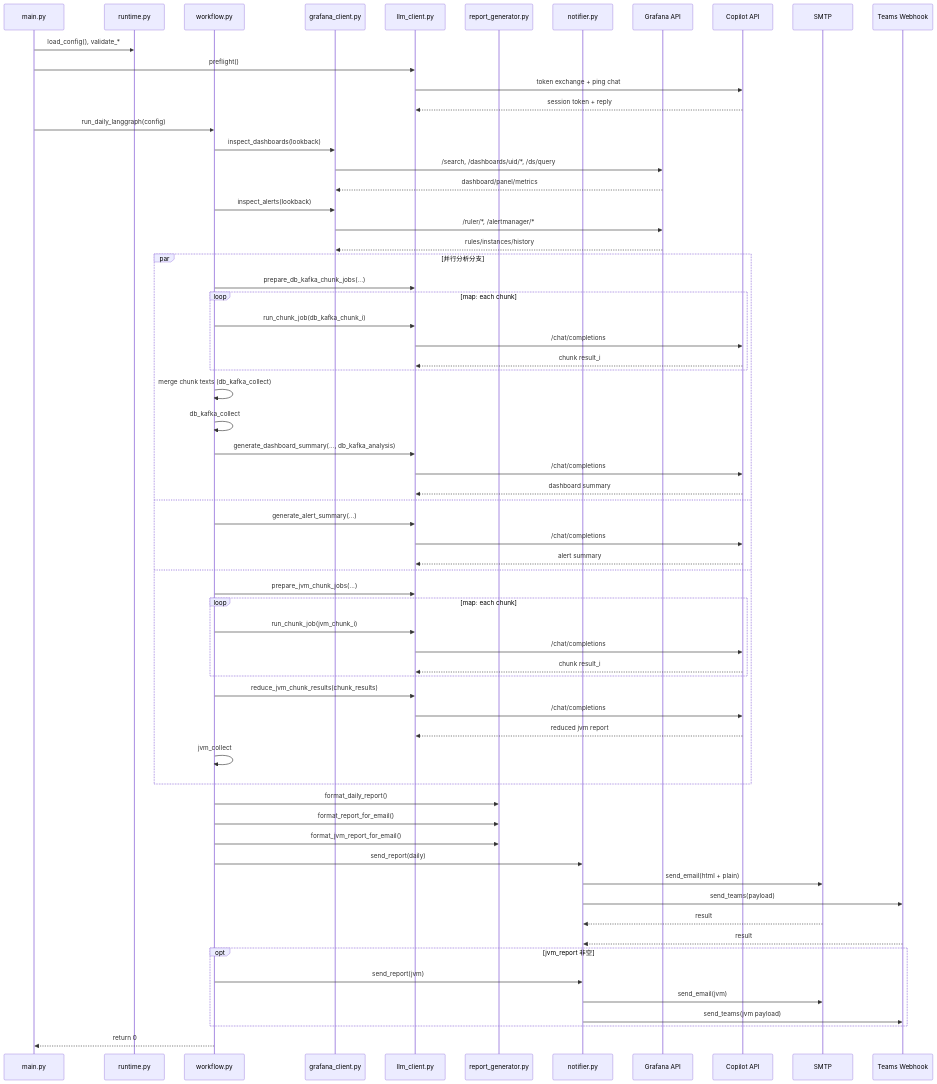
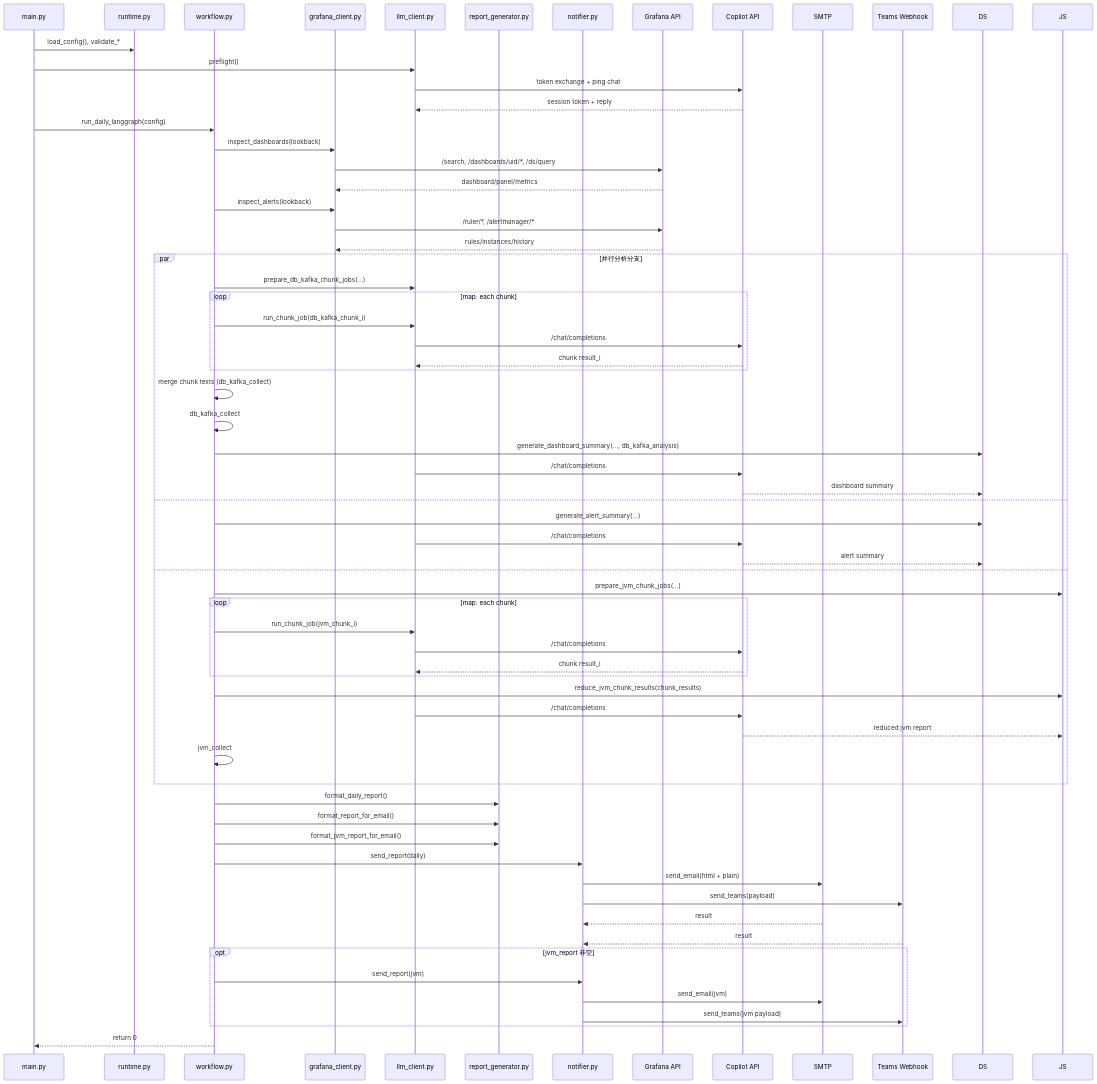
The third of 4 diagrams in docs/ARCHITECTURE.zh-CN.md (gengjie/grafana-inspection-agent), drawn with Mermaid before and after one commit. The commit also changed other lines of this file and 9 other files, not shown here.

````diff
--- a/docs/ARCHITECTURE.zh-CN.md
+++ b/docs/ARCHITECTURE.zh-CN.md
@@ -133,74 +139,74 @@
 ```mermaid
 sequenceDiagram
     participant CLI as main.py
     participant RT as runtime.py
     participant WF as workflow.py
     participant G as grafana_client.py
     participant LLM as llm_client.py
     participant RG as report_generator.py
     participant N as notifier.py
     participant ExtG as Grafana API
     participant ExtC as Copilot API
     participant SMTP as SMTP
     participant Teams as Teams Webhook
 
     CLI->>RT: load_config(), validate_*
     CLI->>LLM: preflight()
     LLM->>ExtC: token exchange + ping chat
     ExtC-->>LLM: session token + reply
 
     CLI->>WF: run_daily_langgraph(config)
     WF->>G: inspect_dashboards(lookback)
     G->>ExtG: /search, /dashboards/uid/*, /ds/query
     ExtG-->>G: dashboard/panel/metrics
     WF->>G: inspect_alerts(lookback)
     G->>ExtG: /ruler/*, /alertmanager/*
     ExtG-->>G: rules/instances/history
 
     par 并行分析分支
       WF->>LLM: prepare_db_kafka_chunk_jobs(...)
       loop map: each chunk
         WF->>LLM: run_chunk_job(db_kafka_chunk_i)
         LLM->>ExtC: /chat/completions
         ExtC-->>LLM: chunk result_i
       end
       WF->>WF: merge chunk texts (db_kafka_collect)
       WF->>WF: db_kafka_collect
-      WF->>LLM: generate_dashboard_summary(..., db_kafka_analysis)
+      WF->>DS: generate_dashboard_summary(..., db_kafka_analysis)
       LLM->>ExtC: /chat/completions
-      ExtC-->>LLM: dashboard summary
+      ExtC-->>DS: dashboard summary
     and
-      WF->>LLM: generate_alert_summary(...)
+      WF->>DS: generate_alert_summary(...)
       LLM->>ExtC: /chat/completions
-      ExtC-->>LLM: alert summary
+      ExtC-->>DS: alert summary
     and
-      WF->>LLM: prepare_jvm_chunk_jobs(...)
+      WF->>JS: prepare_jvm_chunk_jobs(...)
       loop map: each chunk
         WF->>LLM: run_chunk_job(jvm_chunk_i)
         LLM->>ExtC: /chat/completions
         ExtC-->>LLM: chunk result_i
       end
-      WF->>LLM: reduce_jvm_chunk_results(chunk_results)
+      WF->>JS: reduce_jvm_chunk_results(chunk_results)
       LLM->>ExtC: /chat/completions
-      ExtC-->>LLM: reduced jvm report
+      ExtC-->>JS: reduced jvm report
       WF->>WF: jvm_collect
     end
 
     WF->>RG: format_daily_report()
     WF->>RG: format_report_for_email()
     WF->>RG: format_jvm_report_for_email()
 
     WF->>N: send_report(daily)
     N->>SMTP: send_email(html + plain)
     N->>Teams: send_teams(payload)
     SMTP-->>N: result
     Teams-->>N: result
 
     opt jvm_report 非空
         WF->>N: send_report(jvm)
         N->>SMTP: send_email(jvm)
         N->>Teams: send_teams(jvm payload)
     end
 
     WF-->>CLI: return 0
 ```
````
